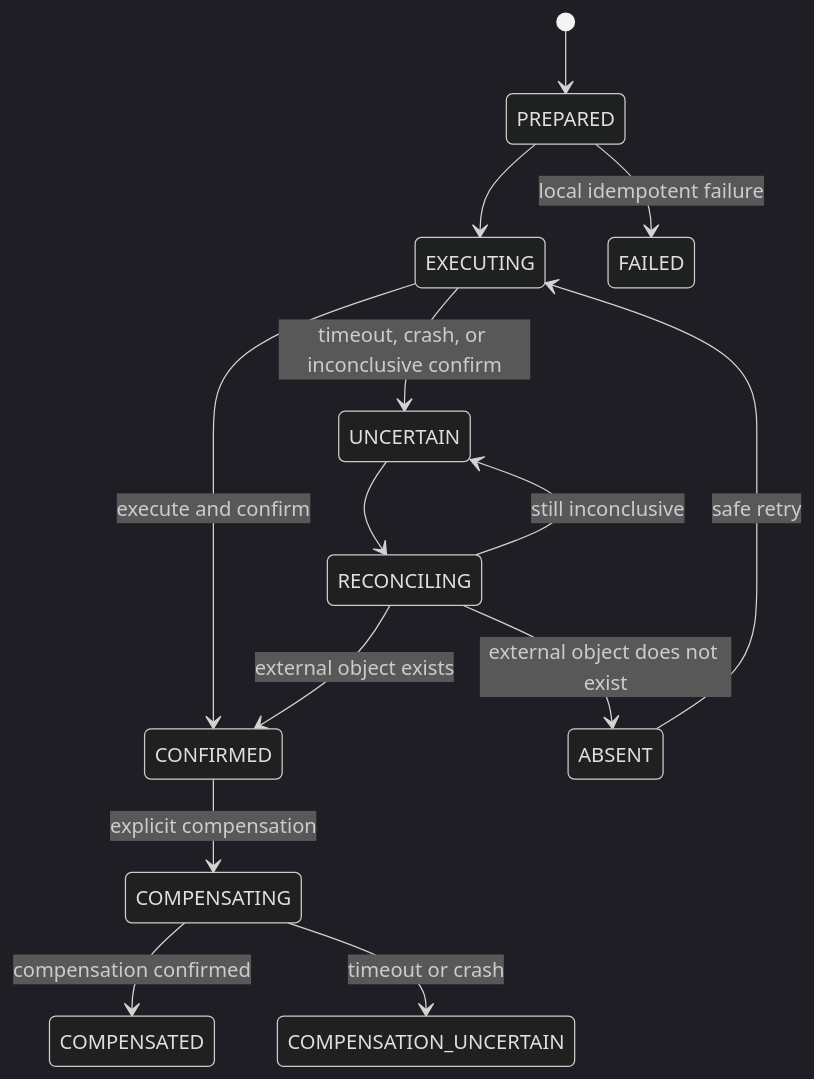
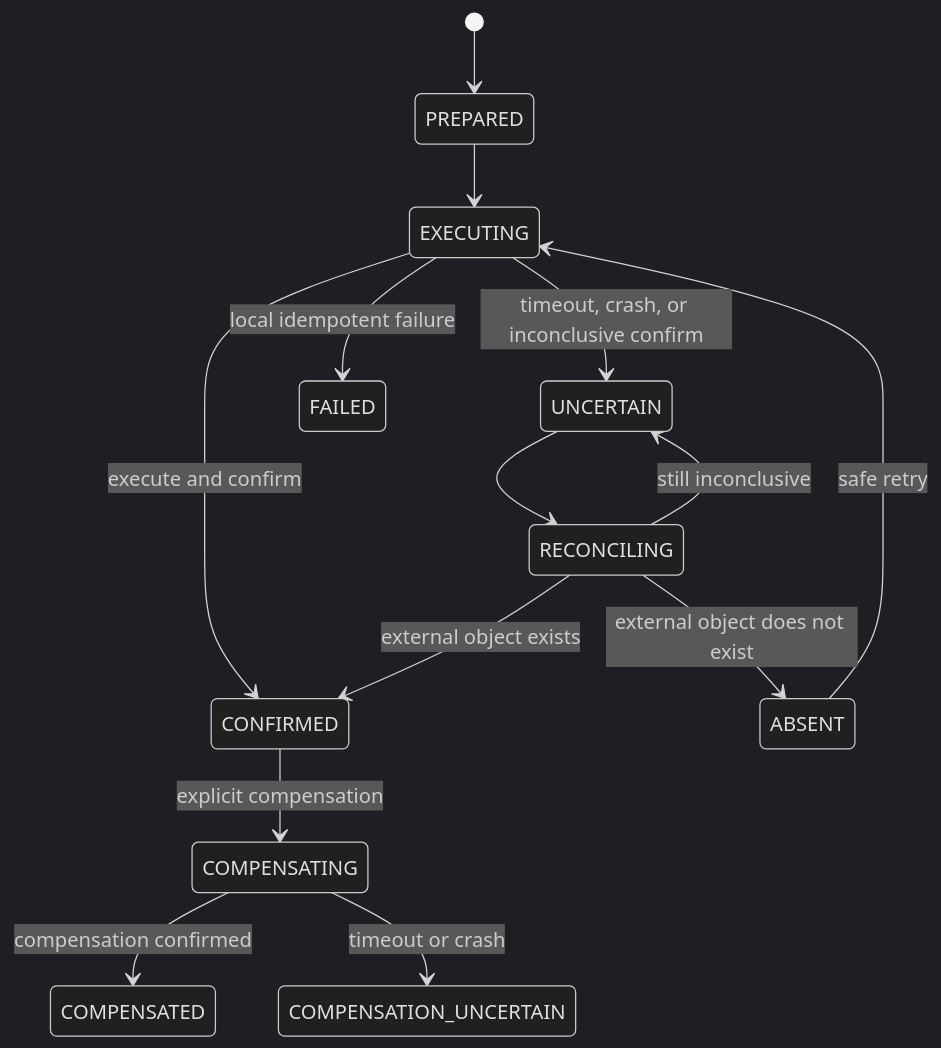
Before and after one commit to stevenjjj-web/asynchronnous-agent-os: the third of 4 diagrams in docs/architecture.md, drawn with Mermaid (dark theme). The commit also changed other lines of this file and 50 other files, not shown here.

````diff
--- a/docs/architecture.md
+++ b/docs/architecture.md
@@ -167,16 +173,16 @@
 ```mermaid
 stateDiagram-v2
   [*] --> PREPARED
   PREPARED --> EXECUTING
   EXECUTING --> CONFIRMED: execute and confirm
   EXECUTING --> UNCERTAIN: timeout, crash, or inconclusive confirm
   UNCERTAIN --> RECONCILING
   RECONCILING --> CONFIRMED: external object exists
   RECONCILING --> ABSENT: external object does not exist
   RECONCILING --> UNCERTAIN: still inconclusive
   ABSENT --> EXECUTING: safe retry
   CONFIRMED --> COMPENSATING: explicit compensation
   COMPENSATING --> COMPENSATED: compensation confirmed
   COMPENSATING --> COMPENSATION_UNCERTAIN: timeout or crash
-  PREPARED --> FAILED: local idempotent failure
+  EXECUTING --> FAILED: local idempotent failure
 ```
````
